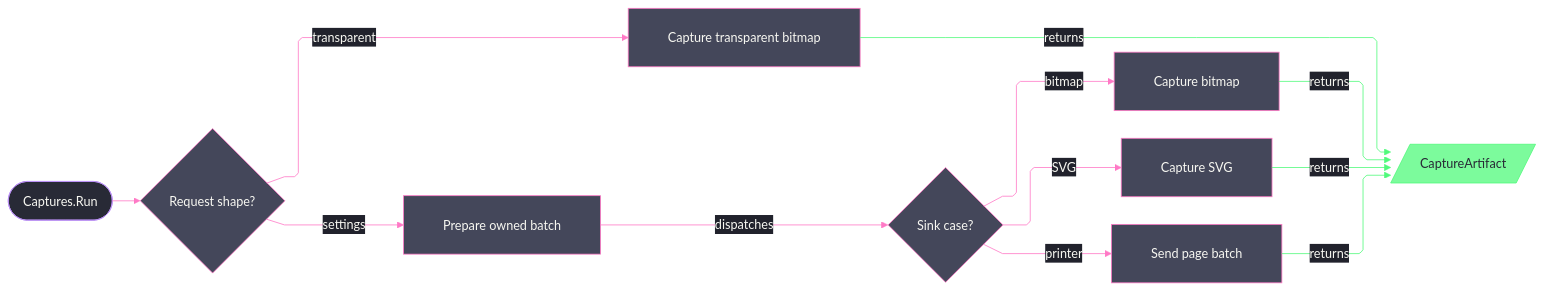
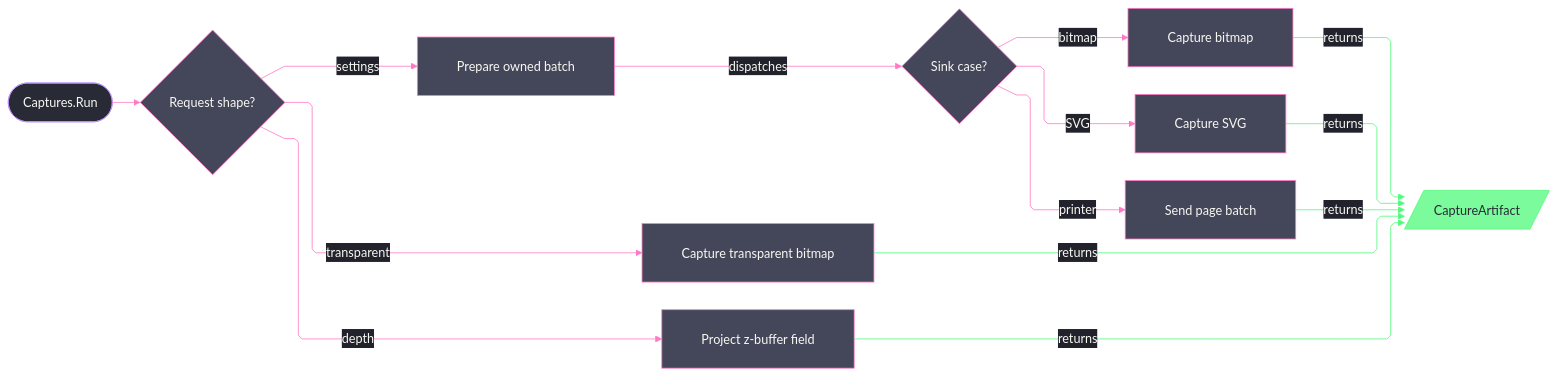
One commit to bsamiee/Rasm changed the diagram in libs/csharp/Rasm.Rhino/.planning/Viewport/capture.md. Above: the diagram before and after it, drawn with Mermaid. The commit also changed other lines of this file and 185 other files, not shown here.

````diff
--- a/libs/csharp/Rasm.Rhino/.planning/Viewport/capture.md
+++ b/libs/csharp/Rasm.Rhino/.planning/Viewport/capture.md
@@ -840,46 +1277,48 @@
 ```mermaid
 ---
 config:
   theme: base
   look: classic
   layout: elk
   flowchart:
     curve: linear
     padding: 25
   themeVariables:
     darkMode: true
     fontFamily: "SF Mono, Menlo, Cascadia Mono, Segoe UI Mono, Consolas, monospace"
     useGradient: false
     dropShadow: "none"
     background: "#282A36"
     primaryColor: "#44475A"
     primaryTextColor: "#F8F8F2"
     primaryBorderColor: "#BD93F9"
     lineColor: "#FF79C6"
     textColor: "#F8F8F2"
     edgeLabelBackground: "#21222C"
     labelBackgroundColor: "#21222C"
   themeCSS: ".nodeLabel{font-size:13px;font-weight:500}.edgeLabel{font-size:12px;font-weight:500}.edge-thickness-normal{stroke-width:2px}.edge-thickness-thick{stroke-width:3px}.edge-pattern-dashed,.edge-pattern-dotted{stroke-width:1.5px;stroke-dasharray:4 6}.node rect,.node circle,.node polygon,.node path,.node .outer-path{stroke-width:1.5px;filter:none!important}.marker path{transform:scale(.8);transform-origin:5px 5px}.marker circle{transform:scale(.48);transform-origin:5px 5px}.edgeLabel rect{transform-box:fill-box;transform-origin:center;transform:scale(1.1,1.2)}"
 ---
 flowchart LR
     accTitle: Capture request dispatch
-    accDescr: One capture entry dispatches settings and transparent requests, keeps prepared settings bracketed, and rejoins bitmap, SVG, and printer arms at one artifact.
+    accDescr: One capture entry dispatches settings, transparent, and depth requests, keeps prepared settings and the z-buffer capsule bracketed, and rejoins bitmap, SVG, printer, and depth arms at one artifact.
     Run([Captures.Run]) --> Shape{Request shape?}
     Shape -->|"settings"| Prepare[Prepare owned batch]
     Shape -->|"transparent"| Transparent[Capture transparent bitmap]
     Prepare -->|"dispatches"| Sink{Sink case?}
     Sink -->|"bitmap"| Raster[Capture bitmap]
     Sink -->|"SVG"| Vector[Capture SVG]
     Sink -->|"printer"| Print[Send page batch]
     Raster -->|"returns"| Artifact[/CaptureArtifact/]
     Vector -->|"returns"| Artifact
     Print -->|"returns"| Artifact
     Transparent -->|"returns"| Artifact
-    linkStyle 7,8,9,10 stroke:#50FA7B,color:#F8F8F2
+    Shape -->|"depth"| Depth[Project z-buffer field]
+    Depth -->|"returns"| Artifact
+    linkStyle 7,8,9,10,12 stroke:#50FA7B,color:#F8F8F2
     classDef primary fill:#44475A,stroke:#FF79C6,color:#F8F8F2
     classDef success fill:#50FA7BBF,stroke:#50FA7B,color:#282A36
     classDef boundary fill:#282A36,stroke:#BD93F9,color:#F8F8F2
-    class Shape,Prepare,Sink,Raster,Vector,Print,Transparent primary
+    class Shape,Prepare,Sink,Raster,Vector,Print,Transparent,Depth primary
     class Artifact success
     class Run boundary
 ```
````
